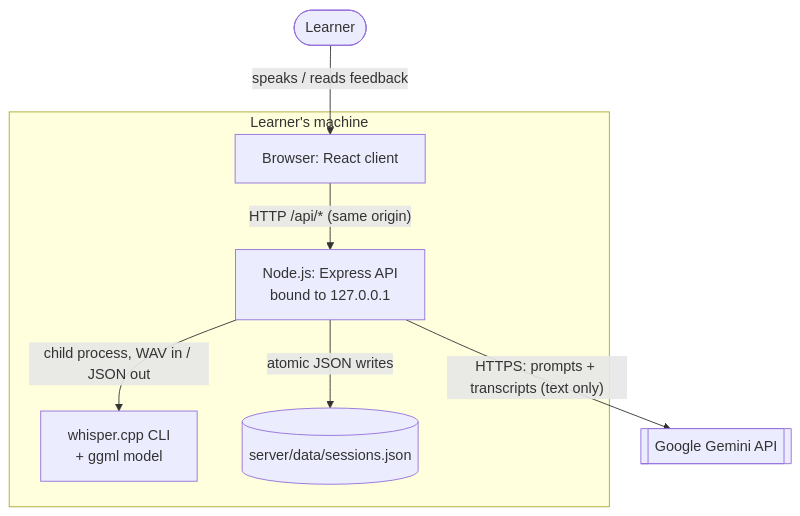
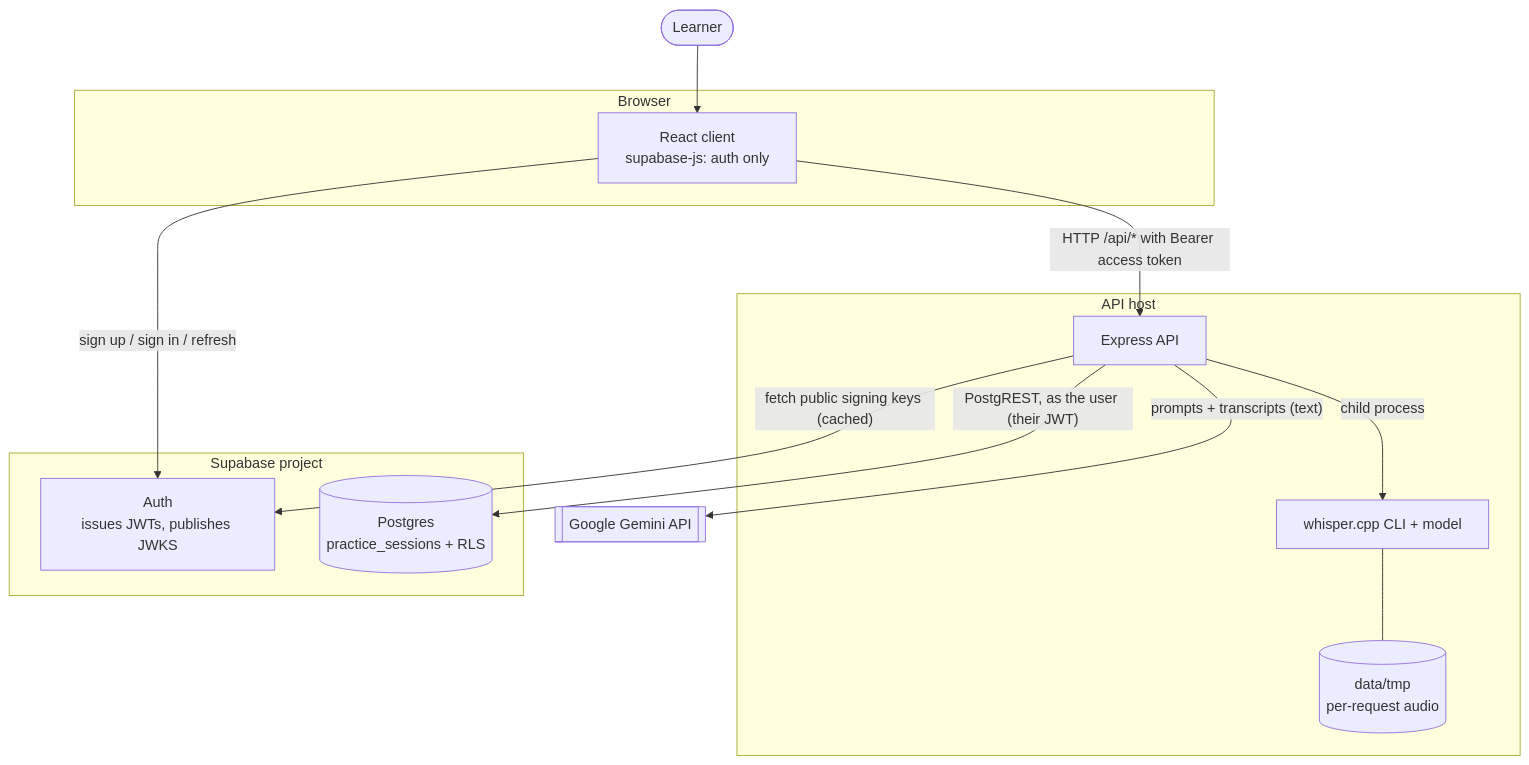
Before and after one commit to taya12hu/Speak-Up: the first of 3 diagrams in ARCHITECTURE.md, drawn with Mermaid. The commit also changed other lines of this file and 3 other files, not shown here.

First line of the commit message:
docs: document multi-user setup, security model and migration

````diff
--- a/ARCHITECTURE.md
+++ b/ARCHITECTURE.md
@@ -9,17 +9,26 @@
 ```mermaid
 flowchart TB
   user([Learner])
-  subgraph machine[Learner's machine]
-    browser[Browser: React client]
-    server[Node.js: Express API<br/>bound to 127.0.0.1]
-    whisper[whisper.cpp CLI<br/>+ ggml model]
-    store[(server/data/sessions.json)]
+  subgraph browser[Browser]
+    client[React client<br/>supabase-js: auth only]
+  end
+  subgraph host[API host]
+    server[Express API]
+    whisper[whisper.cpp CLI + model]
+    tmp[(data/tmp<br/>per-request audio)]
+  end
+  subgraph supabase[Supabase project]
+    auth[Auth<br/>issues JWTs, publishes JWKS]
+    db[(Postgres<br/>practice_sessions + RLS)]
   end
   gemini[[Google Gemini API]]
 
-  user -- speaks / reads feedback --> browser
-  browser -- "HTTP /api/* (same origin)" --> server
-  server -- "child process, WAV in / JSON out" --> whisper
-  server -- "atomic JSON writes" --> store
-  server -- "HTTPS: prompts + transcripts (text only)" --> gemini
+  user --> client
+  client -- "sign up / sign in / refresh" --> auth
+  client -- "HTTP /api/* with Bearer access token" --> server
+  server -- "fetch public signing keys (cached)" --> auth
+  server -- "PostgREST, as the user (their JWT)" --> db
+  server -- "child process" --> whisper
+  whisper --- tmp
+  server -- "prompts + transcripts (text)" --> gemini
 ```
````
